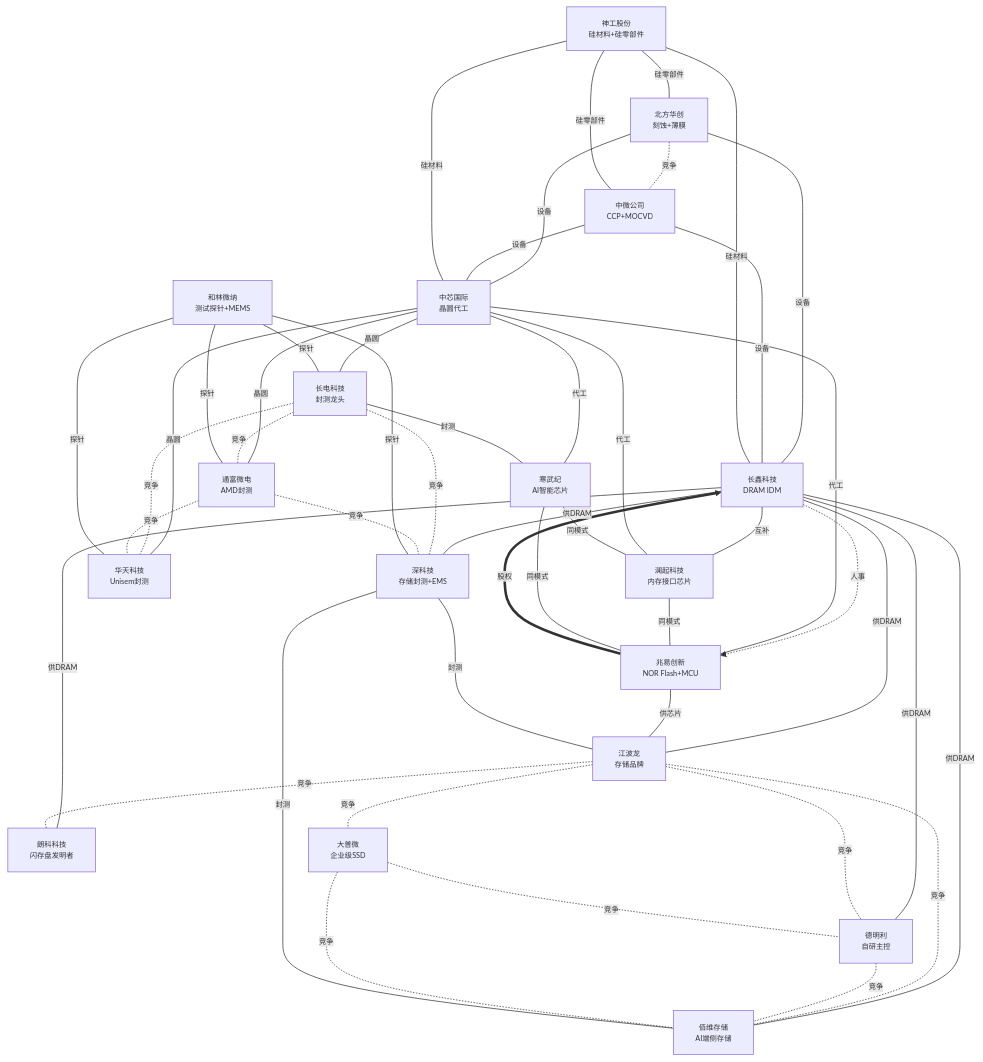
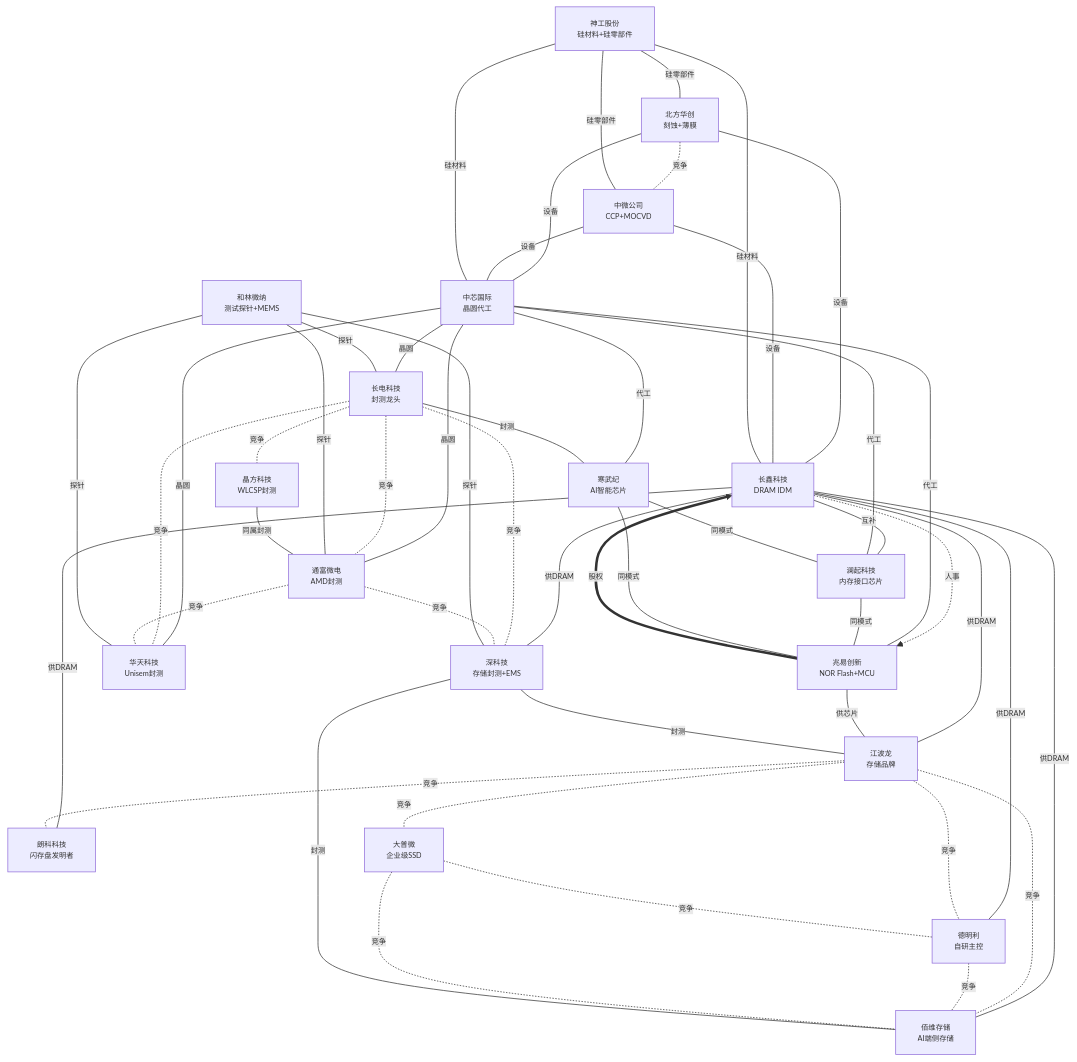
Before and after one commit to zhangbo1882/open-industry: the first of 5 diagrams in industry/wiki/syntheses/公司关联图谱.md, drawn with Mermaid. The commit also changed other lines of this file and 71 other files, not shown here.

````diff
--- a/industry/wiki/syntheses/公司关联图谱.md
+++ b/industry/wiki/syntheses/公司关联图谱.md
@@ -59,74 +66,77 @@
 ```mermaid
 %%{init: {'themeVariables': {'fontSize': '10px'}}}%%
 graph TB
     长鑫科技[长鑫科技<br/>DRAM IDM]
     兆易创新[兆易创新<br/>NOR Flash+MCU]
     江波龙[江波龙<br/>存储品牌]
     佰维存储[佰维存储<br/>AI端侧存储]
     德明利[德明利<br/>自研主控]
     朗科科技[朗科科技<br/>闪存盘发明者]
     大普微[大普微<br/>企业级SSD]
     澜起科技[澜起科技<br/>内存接口芯片]
     北方华创[北方华创<br/>刻蚀+薄膜]
     中微公司[中微公司<br/>CCP+MOCVD]
     中芯国际[中芯国际<br/>晶圆代工]
     长电科技[长电科技<br/>封测龙头]
     通富微电[通富微电<br/>AMD封测]
     华天科技[华天科技<br/>Unisem封测]
     深科技[深科技<br/>存储封测+EMS]
     寒武纪[寒武纪<br/>AI智能芯片]
+    晶方科技[晶方科技<br/>WLCSP封测]
 
     长鑫科技 -.->|人事| 兆易创新
     兆易创新 ==>|股权| 长鑫科技
     长鑫科技 ---|互补| 澜起科技
     长鑫科技 ---|供DRAM| 江波龙
     长鑫科技 ---|供DRAM| 佰维存储
     长鑫科技 ---|供DRAM| 德明利
     长鑫科技 ---|供DRAM| 朗科科技
     兆易创新 ---|供芯片| 江波龙
     北方华创 ---|设备| 长鑫科技
     中微公司 ---|设备| 长鑫科技
     北方华创 ---|设备| 中芯国际
     中微公司 ---|设备| 中芯国际
     中芯国际 ---|代工| 兆易创新
     中芯国际 ---|代工| 澜起科技
     中芯国际 ---|晶圆| 长电科技
     中芯国际 ---|晶圆| 通富微电
     中芯国际 ---|晶圆| 华天科技
     长电科技 -.-|竞争| 通富微电
     长电科技 -.-|竞争| 华天科技
     通富微电 -.-|竞争| 华天科技
     澜起科技 ---|同模式| 兆易创新
     北方华创 -.-|竞争| 中微公司
     江波龙 -.-|竞争| 佰维存储
     江波龙 -.-|竞争| 德明利
     德明利 -.-|竞争| 佰维存储
     江波龙 -.-|竞争| 朗科科技
     江波龙 -.-|竞争| 大普微
     大普微 -.-|竞争| 佰维存储
     大普微 -.-|竞争| 德明利
     长鑫科技 ---|供DRAM| 深科技
     深科技 ---|封测| 江波龙
     深科技 ---|封测| 佰维存储
     神工股份[神工股份<br/>硅材料+硅零部件]
     和林微纳[和林微纳<br/>测试探针+MEMS]
     长电科技 -.-|竞争| 深科技
     通富微电 -.-|竞争| 深科技
     神工股份 ---|硅材料| 长鑫科技
     神工股份 ---|硅材料| 中芯国际
     神工股份 ---|硅零部件| 北方华创
     神工股份 ---|硅零部件| 中微公司
     和林微纳 ---|探针| 长电科技
     和林微纳 ---|探针| 通富微电
     和林微纳 ---|探针| 华天科技
     和林微纳 ---|探针| 深科技
     中芯国际 ---|代工| 寒武纪
     长电科技 ---|封测| 寒武纪
+    长电科技 -.-|竞争| 晶方科技
+    晶方科技 ---|同属封测| 通富微电
     寒武纪 ---|同模式| 澜起科技
     寒武纪 ---|同模式| 兆易创新
 
     classDef personnel fill:#ff6b6b,color:#fff,stroke:#c92a2a
     classDef equity fill:#f06595,color:#fff,stroke:#a61e4d
     classDef business fill:#4dabf7,color:#fff,stroke:#1971c2
     classDef competition fill:#ffd43b,color:#333,stroke:#fab005
 ```
````
